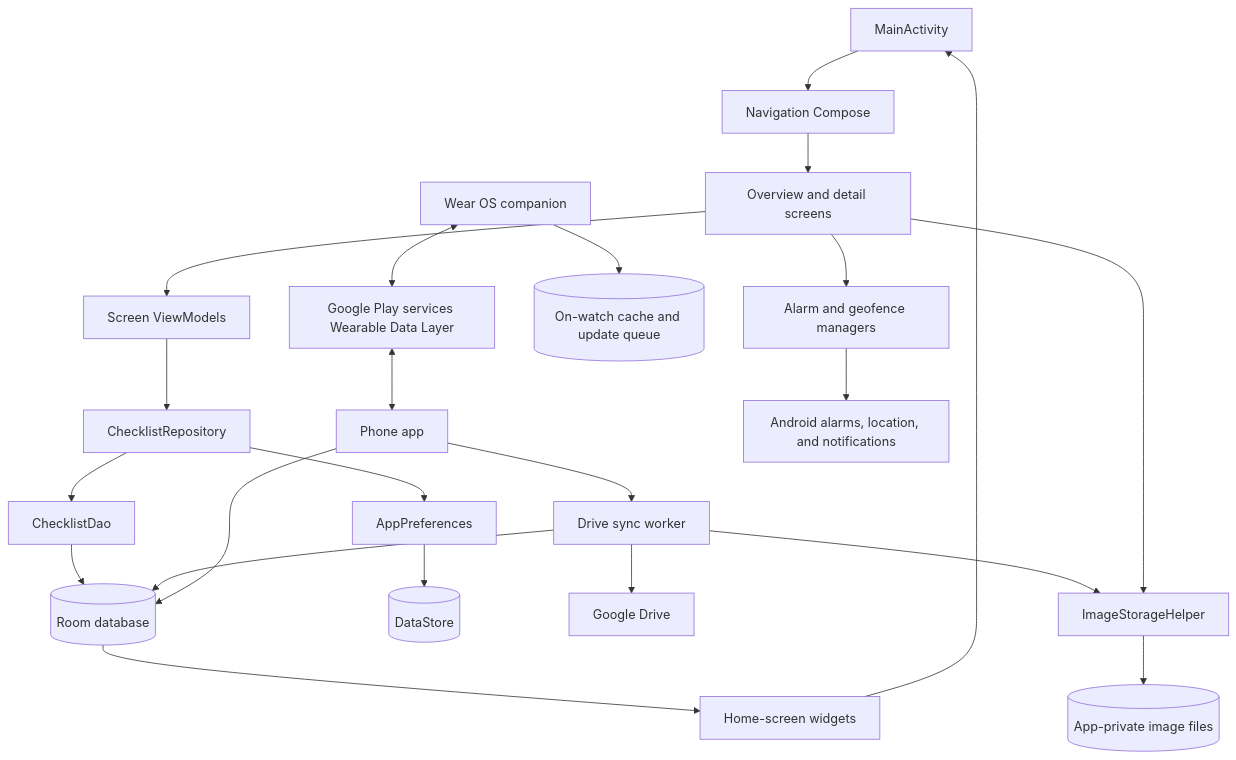
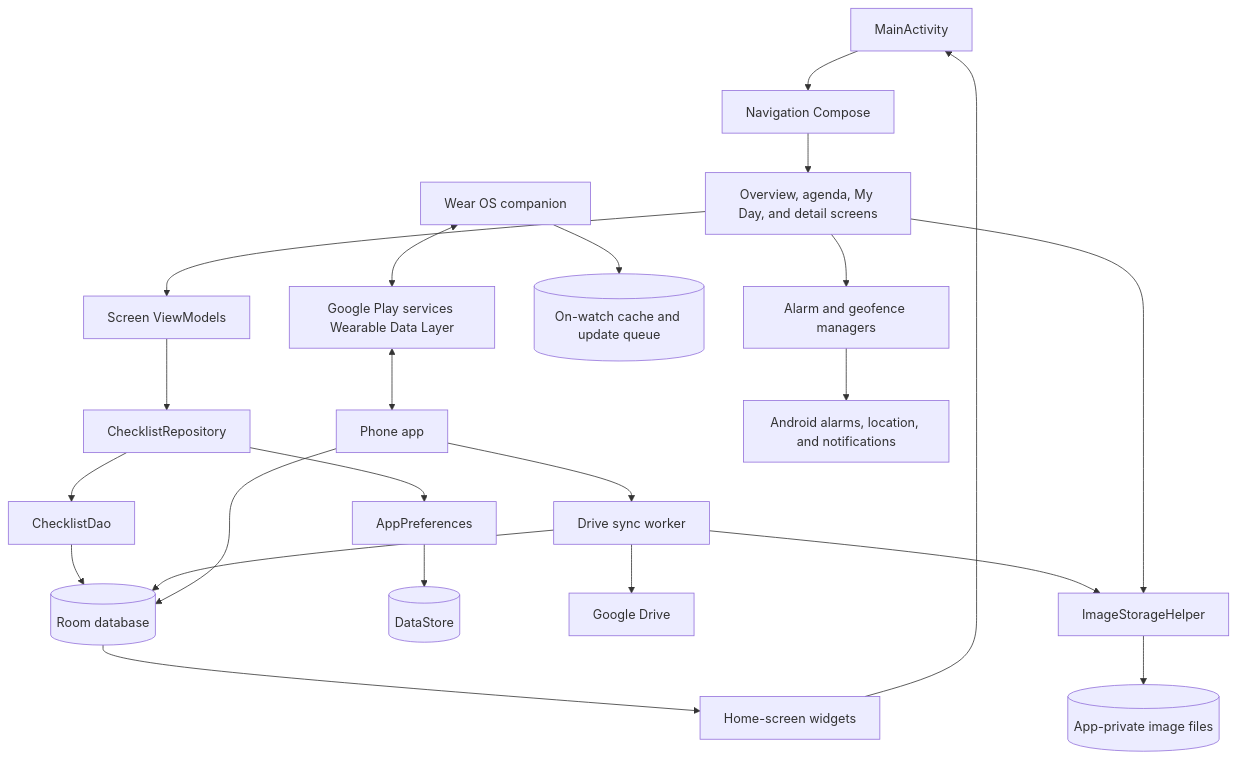
Before and after one commit to fexed/Tickfolio: the diagram in README.MD, drawn with Mermaid. The commit also changed other lines of this file and 15 other files, not shown here.

Commit message:
Add agenda and My Day views

````diff
--- a/README.MD
+++ b/README.MD
@@ -59,25 +63,25 @@
 ```mermaid
 flowchart TD
     Activity[MainActivity] --> Nav[Navigation Compose]
-    Nav --> Screens[Overview and detail screens]
+    Nav --> Screens[Overview, agenda, My Day, and detail screens]
     Screens --> VMs[Screen ViewModels]
     VMs --> Repo[ChecklistRepository]
     Repo --> DAO[ChecklistDao]
     DAO --> Room[(Room database)]
     Repo --> Prefs[AppPreferences]
     Prefs --> Store[(DataStore)]
     App[ChecklistApplication] --> Sync[Drive sync worker]
     Sync --> Drive[Google Drive]
     Sync --> Room
     Sync --> Images[(App-private image files)]
     Screens --> Reminders[Alarm and geofence managers]
     Reminders --> Android[Android alarms, location, and notifications]
     Screens --> Images[ImageStorageHelper]
     Images --> Files[(App-private image files)]
     Room --> Widgets[Home-screen widgets]
     Widgets --> Activity[MainActivity]
     Wear[Wear OS companion] --> WearCache[(On-watch cache and update queue)]
     Wear <--> DataLayer[Google Play services Wearable Data Layer]
     DataLayer <--> App[Phone app]
     App --> Room
 ```
````
